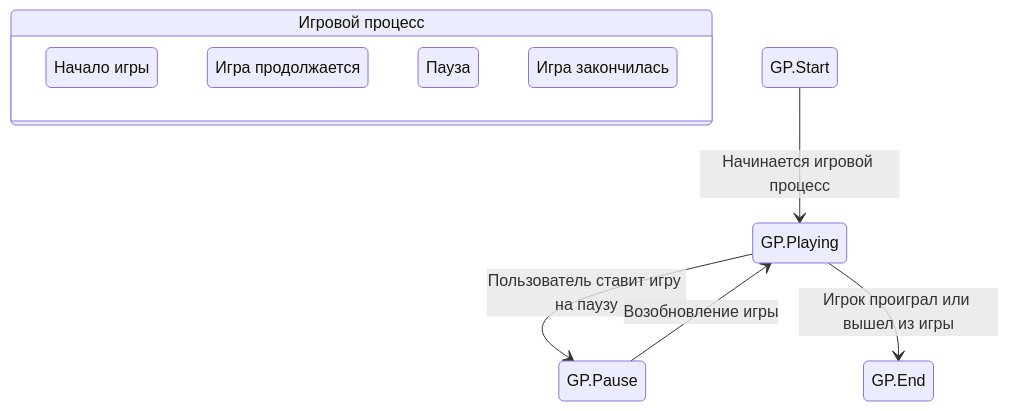
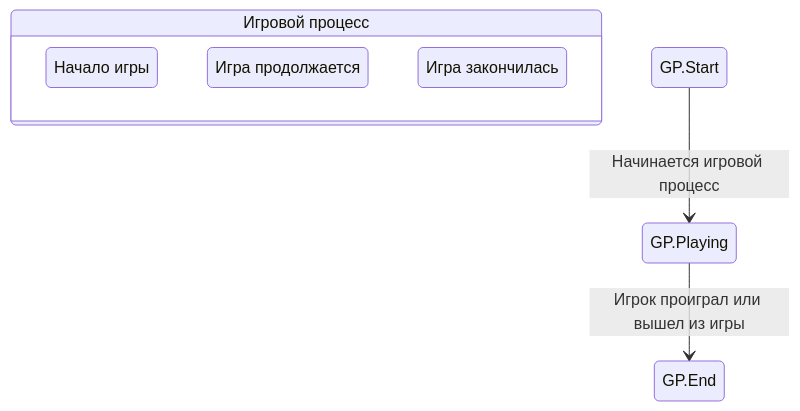
One commit to DoNik226/software_development changed the second of 4 diagrams in docs/behavior.md. Above: the diagram before and after it, drawn with Mermaid. The commit also changed other lines of this file, not shown here.

````diff
--- a/docs/behavior.md
+++ b/docs/behavior.md
@@ -19,13 +19,10 @@
 ```mermaid
 stateDiagram-v2
     state "Игровой процесс" as GP {
         Start : Начало игры
         Playing : Игра продолжается
-        Pause : Пауза
         End : Игра закончилась
     }
     GP.Start --> GP.Playing : Начинается игровой процесс
-    GP.Playing --> GP.Pause : Пользователь ставит игру на паузу
-    GP.Pause --> GP.Playing : Возобновление игры
     GP.Playing --> GP.End : Игрок проиграл или вышел из игры
 ```
````
